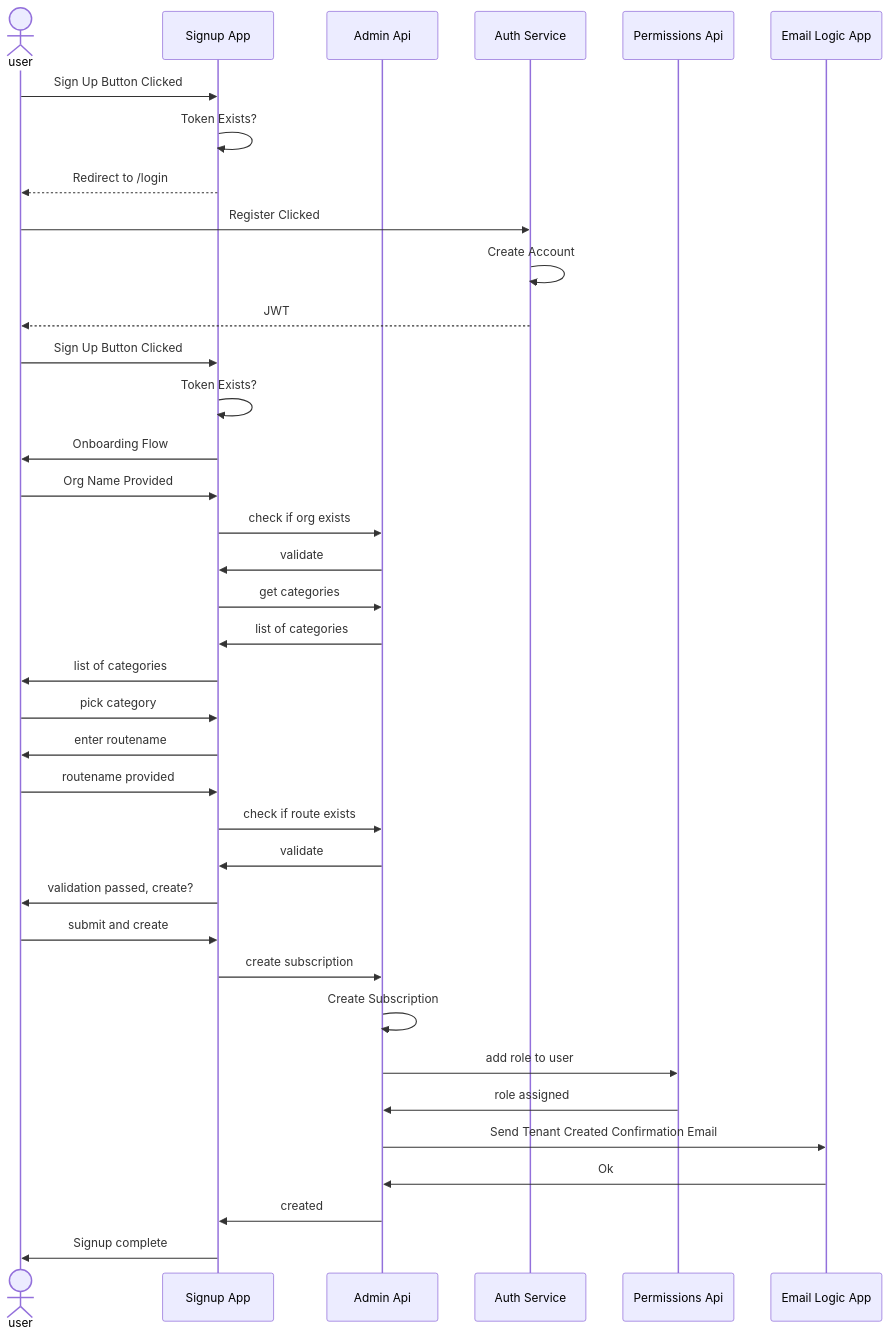
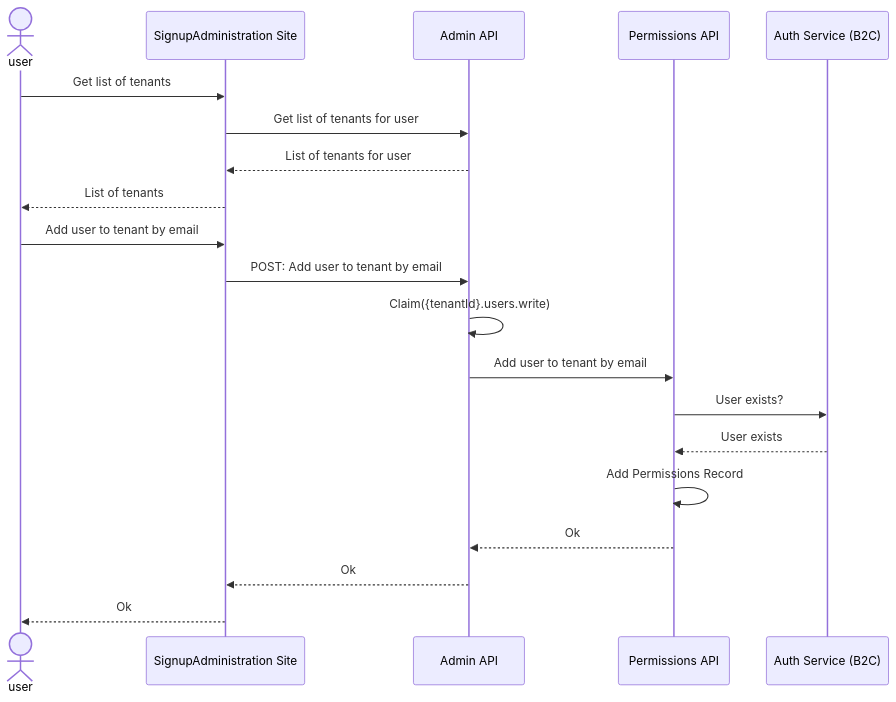
One commit to Azure/azure-saas changed the second of 3 diagrams in docs/azure-saas-docs/content/en/components/signup-administration.md. Above: the diagram before and after it, drawn with Mermaid. The commit also changed other lines of this file and 1 other file, not shown here.

Commit message:
identity and signup admin flow changes

````diff
--- a/docs/azure-saas-docs/content/en/components/signup-administration.md
+++ b/docs/azure-saas-docs/content/en/components/signup-administration.md
@@ -69,46 +61,23 @@
 ```mermaid
-sequenceDiagram  
-actor user 
-participant signup as Signup App
-participant admin as Admin Api
-participant auth as Auth Service
-participant perm as Permissions Api
-participant email as Email Logic App
+sequenceDiagram
+actor user
+participant signup as SignupAdministration Site
+participant admin as Admin API
+participant perm as Permissions API
+participant auth as Auth Service (B2C)
 
-user->>signup: Sign Up Button Clicked
-
-signup->>signup: Token Exists?
-signup-->>user: Redirect to /login
-user->>auth : Register Clicked
-auth->>auth : Create Account
-auth-->>user : JWT
-user->>signup: Sign Up Button Clicked
-signup->>signup: Token Exists?
-signup->>user : Onboarding Flow
-%% what happens here? They dont have a password. Just an orphaned account
-user->>signup: Org Name Provided
-signup->>admin: check if org exists
-admin->>signup: validate
-signup->>admin: get categories
-admin->>signup: list of categories
-signup->>user: list of categories
-user->>signup: pick category
-signup->>user: enter routename
-user->>signup: routename provided
-signup->>admin: check if route exists
-admin->>signup: validate
-signup->>user: validation passed, create?
-user->>signup: submit and create
-
-signup->>admin: create subscription
-admin->>admin: Create Subscription
-admin->>perm: add role to user
-perm->>admin:role assigned
-
-admin->>email : Send Tenant Created Confirmation Email
-email->>admin : Ok
-admin->>signup: created
-
-
-signup->>user: Signup complete
+user->>signup : Get list of tenants
+signup->>admin : Get list of tenants for user
+admin-->>signup : List of tenants for user
+signup-->>user : List of tenants
+user->>signup : Add user to tenant by email
+signup->>admin : POST: Add user to tenant by email
+admin->>admin : Claim({tenantId}.users.write)
+admin->>perm : Add user to tenant by email
+perm->>auth : User exists?
+auth-->>perm : User exists
+perm->>perm : Add Permissions Record
+perm-->>admin : Ok
+admin-->>signup : Ok
+signup-->>user : Ok
 ```
````
